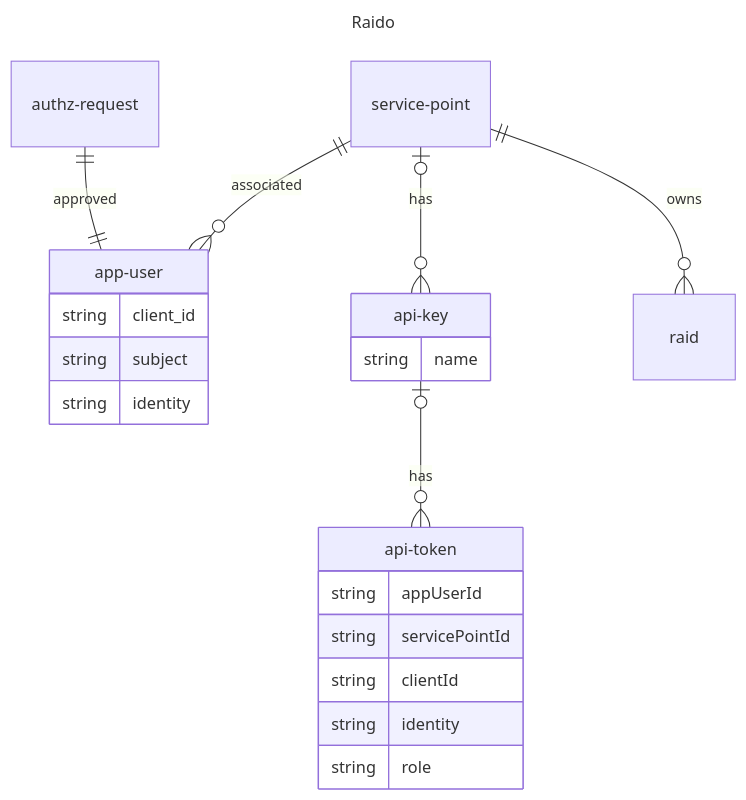
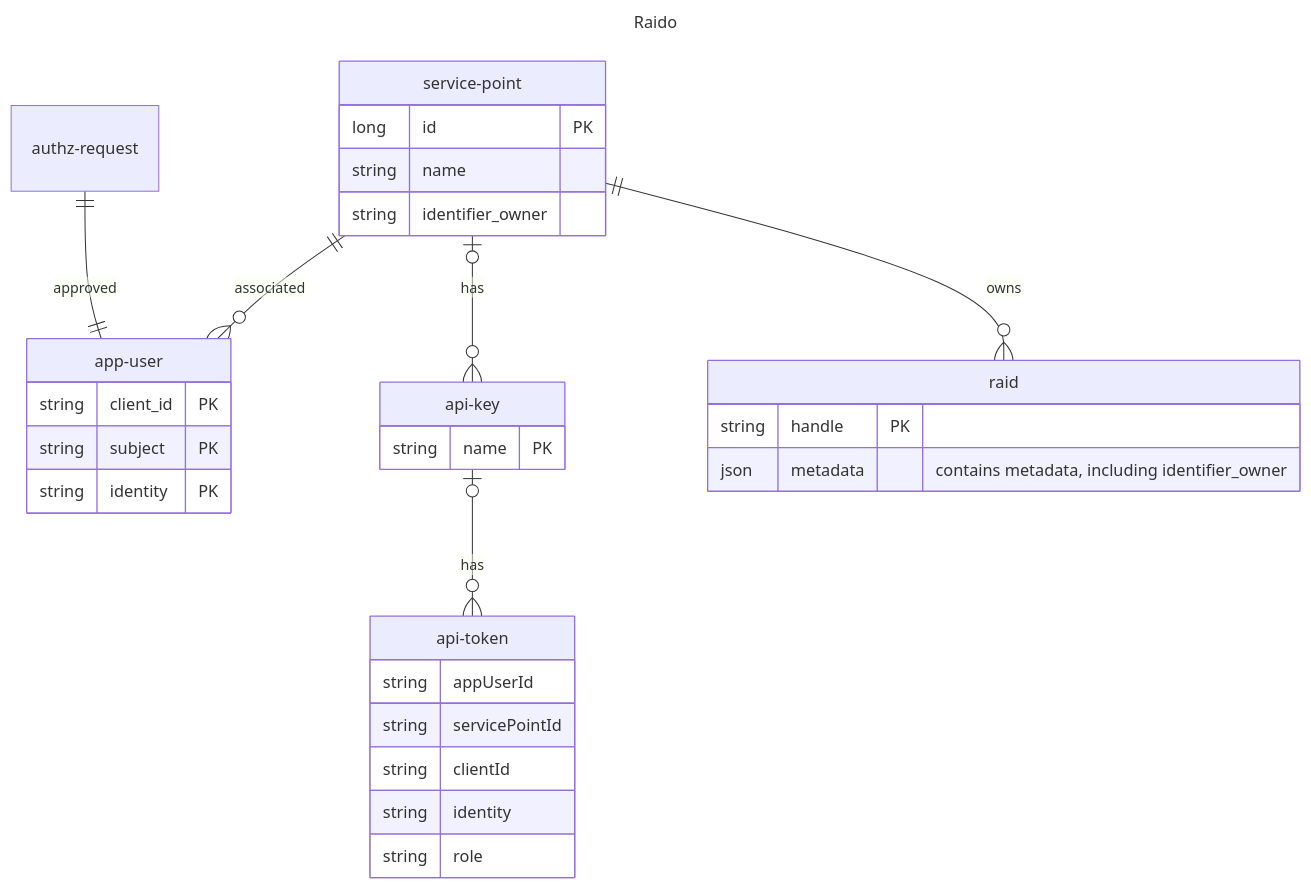
One commit to au-research/raido changed the diagram in doc/api-integration/permission-model.md. Above: the diagram before and after it, drawn with Mermaid. The commit also changed other lines of this file, not shown here.

````diff
--- a/doc/api-integration/permission-model.md
+++ b/doc/api-integration/permission-model.md
@@ -57,26 +62,35 @@
 ```mermaid
 ---
 title: Raido
 ---
 erDiagram
   authz-request ||--|| app-user: approved
   service-point ||--o{ app-user: associated
   app-user {
-    string client_id
-    string subject
-    string identity
+    string client_id PK
+    string subject PK
+    string identity PK
   }
   service-point o|--o{ api-key: has
+  service-point {
+    long id PK
+    string name
+    string identifier_owner
+  }
   api-key {
-    string name
+    string name PK
   }
   api-key o|--o{ api-token: has
   api-token {
     string appUserId
     string servicePointId
     string clientId
     string identity
     string role
   }
   service-point ||--o{ raid: owns
+  raid {
+    string handle PK
+    json metadata "contains metadata, including identifier_owner"
+  }
 ```
````
